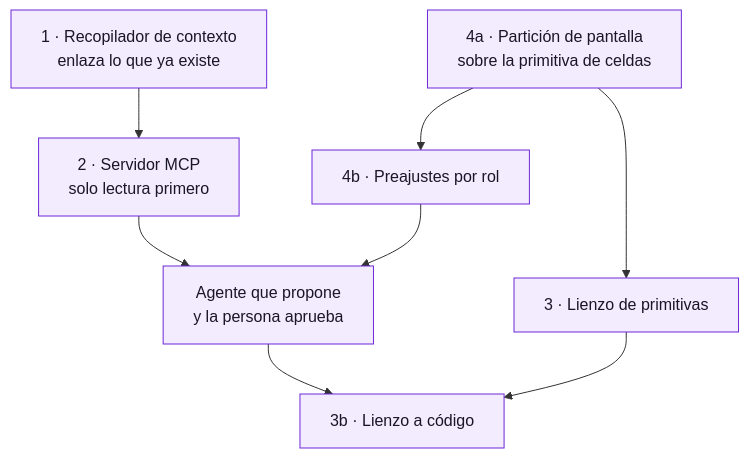
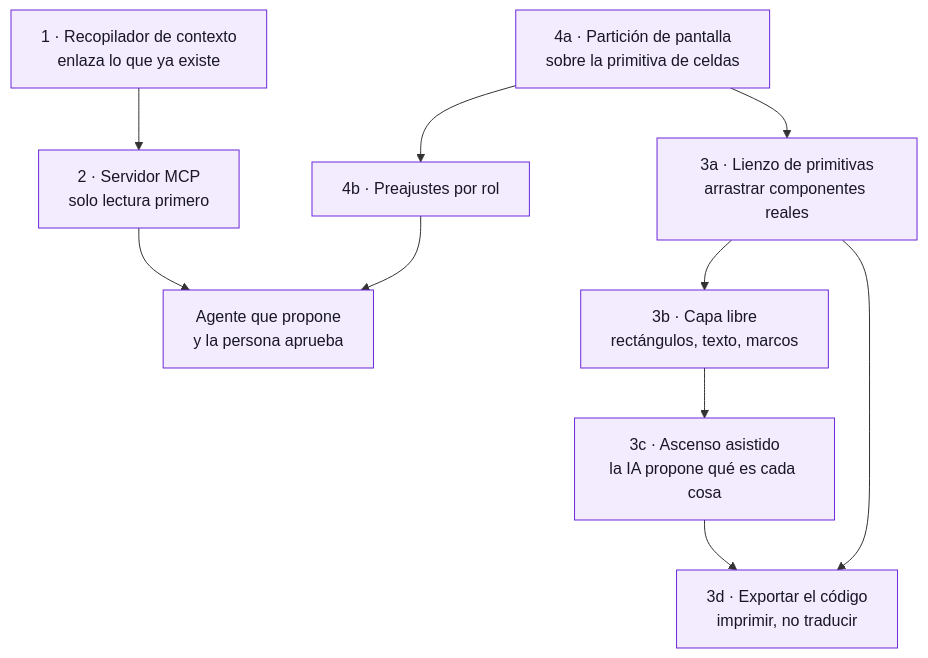
Before and after one commit to BBMC-S-S-A/DevUP: the diagram in docs/plan-superficie-de-trabajo.md, drawn with Mermaid. The commit also changed other lines of this file and 1 other file, not shown here.

````diff
--- a/docs/plan-superficie-de-trabajo.md
+++ b/docs/plan-superficie-de-trabajo.md
@@ -164,21 +220,25 @@
 ```mermaid
 graph TD
   CTX["1 · Recopilador de contexto<br/>enlaza lo que ya existe"]
   MCP["2 · Servidor MCP<br/>solo lectura primero"]
   PART["4a · Partición de pantalla<br/>sobre la primitiva de celdas"]
   ROLES["4b · Preajustes por rol"]
-  LIENZO["3 · Lienzo de primitivas"]
-  CODIGO["3b · Lienzo a código"]
+  L1["3a · Lienzo de primitivas<br/>arrastrar componentes reales"]
+  L2["3b · Capa libre<br/>rectángulos, texto, marcos"]
+  L3["3c · Ascenso asistido<br/>la IA propone qué es cada cosa"]
+  CODIGO["3d · Exportar el código<br/>imprimir, no traducir"]
   AGENTE["Agente que propone<br/>y la persona aprueba"]
 
   CTX --> MCP
   MCP --> AGENTE
   PART --> ROLES
-  PART --> LIENZO
-  LIENZO --> CODIGO
-  AGENTE --> CODIGO
+  PART --> L1
+  L1 --> L2
+  L2 --> L3
+  L1 --> CODIGO
+  L3 --> CODIGO
   ROLES --> AGENTE
 
   classDef n fill:#f2ecfe,stroke:#6d28d9,color:#1a1626
-  class CTX,MCP,PART,ROLES,LIENZO,CODIGO,AGENTE n
+  class CTX,MCP,PART,ROLES,L1,L2,L3,CODIGO,AGENTE n
 ```
````
